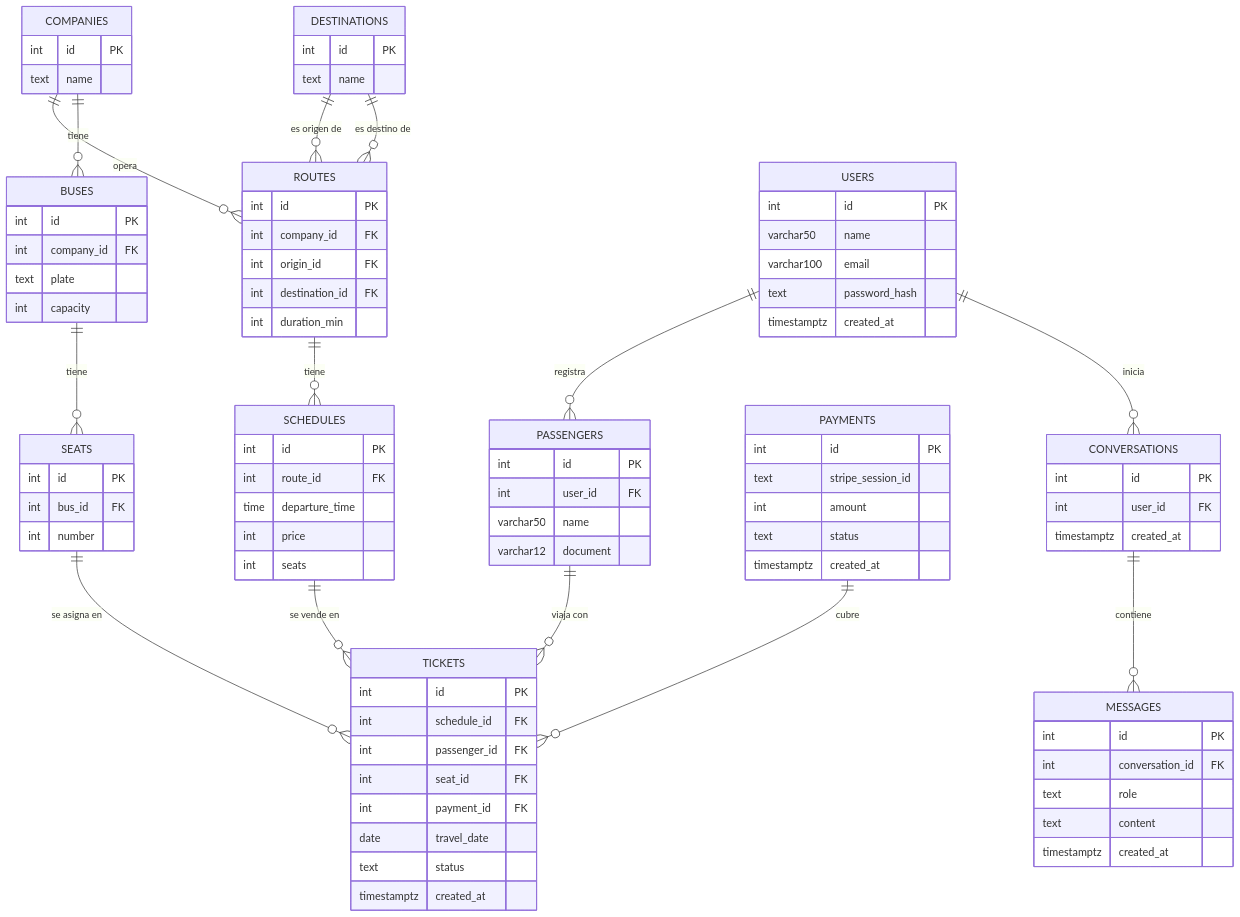
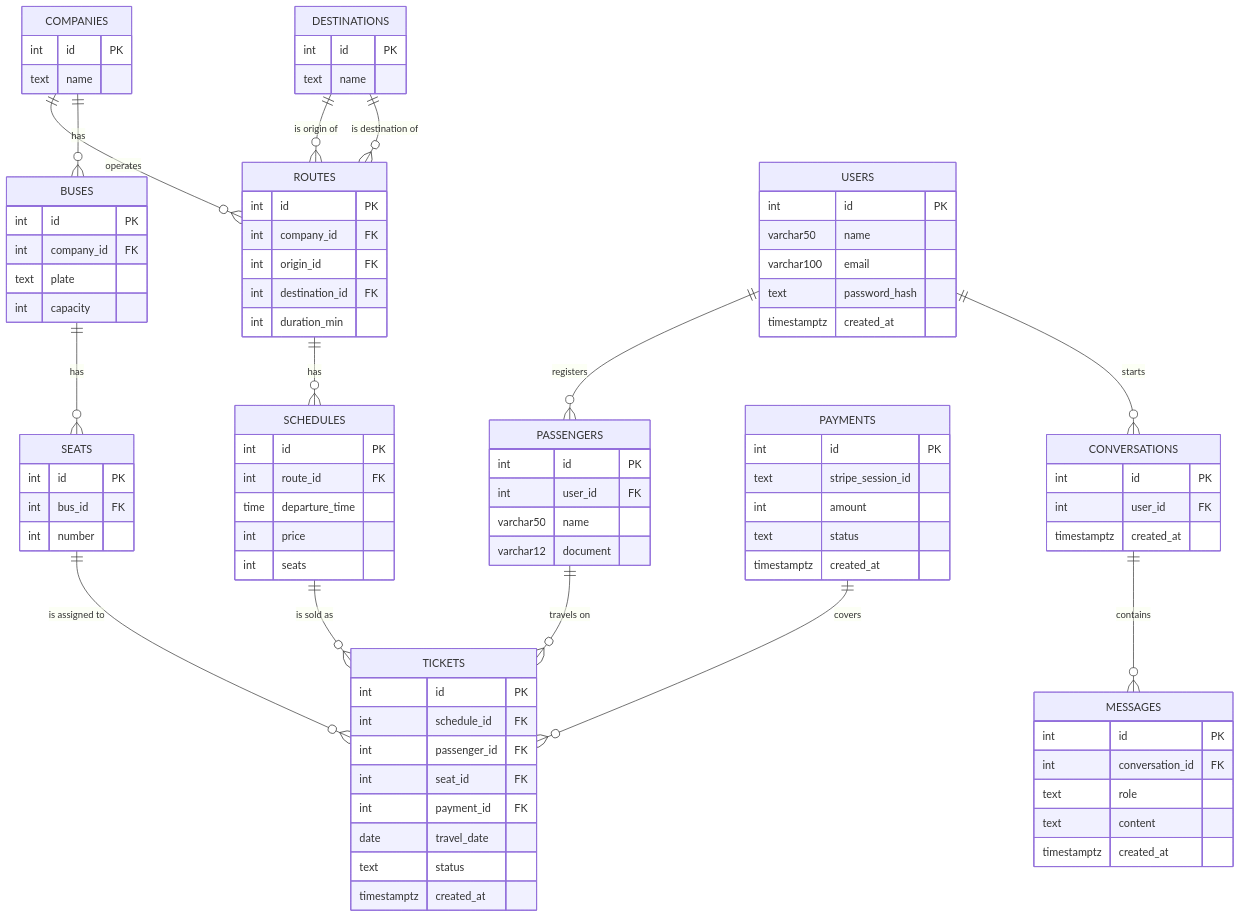
The second of 4 diagrams in README.md (terminapp-pasto/terminapp-backend), drawn with Mermaid before and after one commit. The commit also changed other lines of this file and 24 other files, not shown here.

````diff
--- a/README.md
+++ b/README.md
@@ -138,18 +141,18 @@
 ```mermaid
 erDiagram
-    COMPANIES ||--o{ ROUTES : "opera"
-    COMPANIES ||--o{ BUSES : "tiene"
-    DESTINATIONS ||--o{ ROUTES : "es origen de"
-    DESTINATIONS ||--o{ ROUTES : "es destino de"
-    ROUTES ||--o{ SCHEDULES : "tiene"
-    SCHEDULES ||--o{ TICKETS : "se vende en"
-    BUSES ||--o{ SEATS : "tiene"
-    SEATS ||--o{ TICKETS : "se asigna en"
-    USERS ||--o{ PASSENGERS : "registra"
-    PASSENGERS ||--o{ TICKETS : "viaja con"
-    PAYMENTS ||--o{ TICKETS : "cubre"
-    USERS ||--o{ CONVERSATIONS : "inicia"
-    CONVERSATIONS ||--o{ MESSAGES : "contiene"
+    COMPANIES ||--o{ ROUTES : "operates"
+    COMPANIES ||--o{ BUSES : "has"
+    DESTINATIONS ||--o{ ROUTES : "is origin of"
+    DESTINATIONS ||--o{ ROUTES : "is destination of"
+    ROUTES ||--o{ SCHEDULES : "has"
+    SCHEDULES ||--o{ TICKETS : "is sold as"
+    BUSES ||--o{ SEATS : "has"
+    SEATS ||--o{ TICKETS : "is assigned to"
+    USERS ||--o{ PASSENGERS : "registers"
+    PASSENGERS ||--o{ TICKETS : "travels on"
+    PAYMENTS ||--o{ TICKETS : "covers"
+    USERS ||--o{ CONVERSATIONS : "starts"
+    CONVERSATIONS ||--o{ MESSAGES : "contains"
 
     COMPANIES {
         int id PK
````
